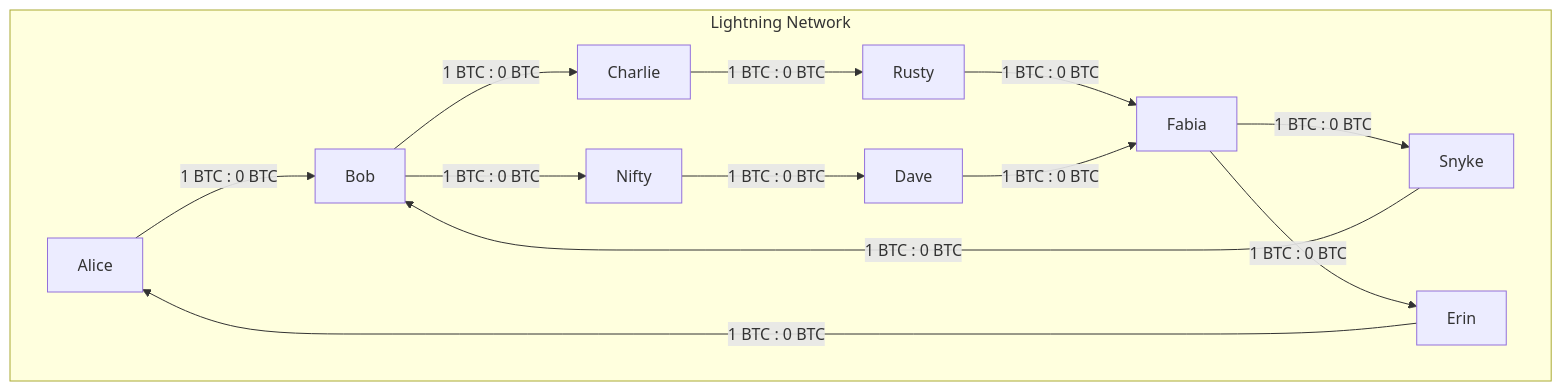
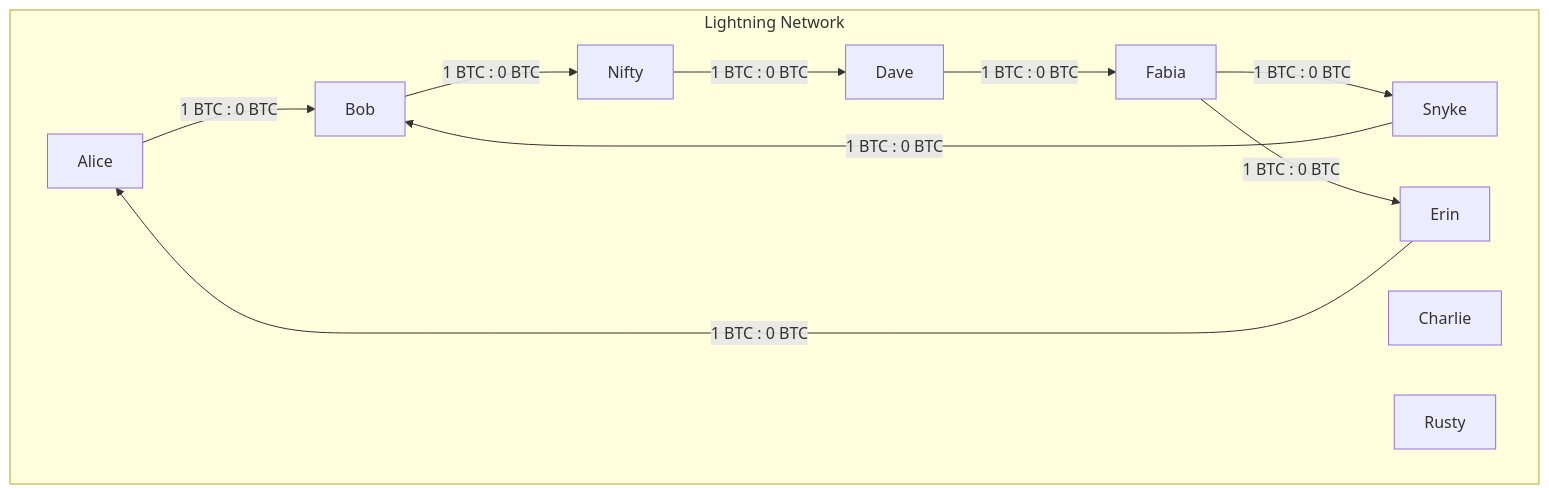
Before and after one commit to guggero/rt: the diagram in exercise.md, drawn with Mermaid. The commit also changed other lines of this file and 4 other files, not shown here.

````diff
--- a/exercise.md
+++ b/exercise.md
@@ -52,31 +52,28 @@
 ```mermaid
 graph TD;
     subgraph Lightning Network
        litd_alice[Alice]
        litd_bob[Bob]
 
        lnd_charlie[Charlie]
        lnd_dave[Dave]
        lnd_erin[Erin]
        lnd_fabia[Fabia]
 
        cln_nifty[Nifty]
        cln_rusty[Rusty]
        cln_snyke[Snyke]
     end
 
     %% Channels
     litd_alice -- "1 BTC : 0 BTC" --> litd_bob
-    litd_bob -- "1 BTC : 0 BTC" --> lnd_charlie
     litd_bob -- "1 BTC : 0 BTC" --> cln_nifty
-    lnd_charlie -- "1 BTC : 0 BTC" --> cln_rusty
     cln_nifty -- "1 BTC : 0 BTC" --> lnd_dave
-    cln_rusty -- "1 BTC : 0 BTC" --> lnd_fabia
     lnd_dave -- "1 BTC : 0 BTC" --> lnd_fabia
     
     lnd_fabia -- "1 BTC : 0 BTC" --> cln_snyke
     cln_snyke -- "1 BTC : 0 BTC" --> litd_bob
 
     lnd_fabia -- "1 BTC : 0 BTC" --> lnd_erin
     lnd_erin -- "1 BTC : 0 BTC" --> litd_alice
 ```
````
